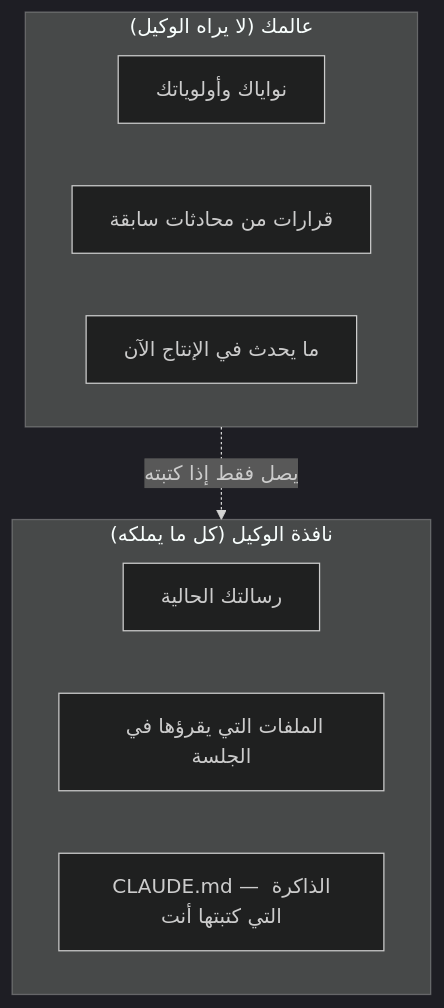
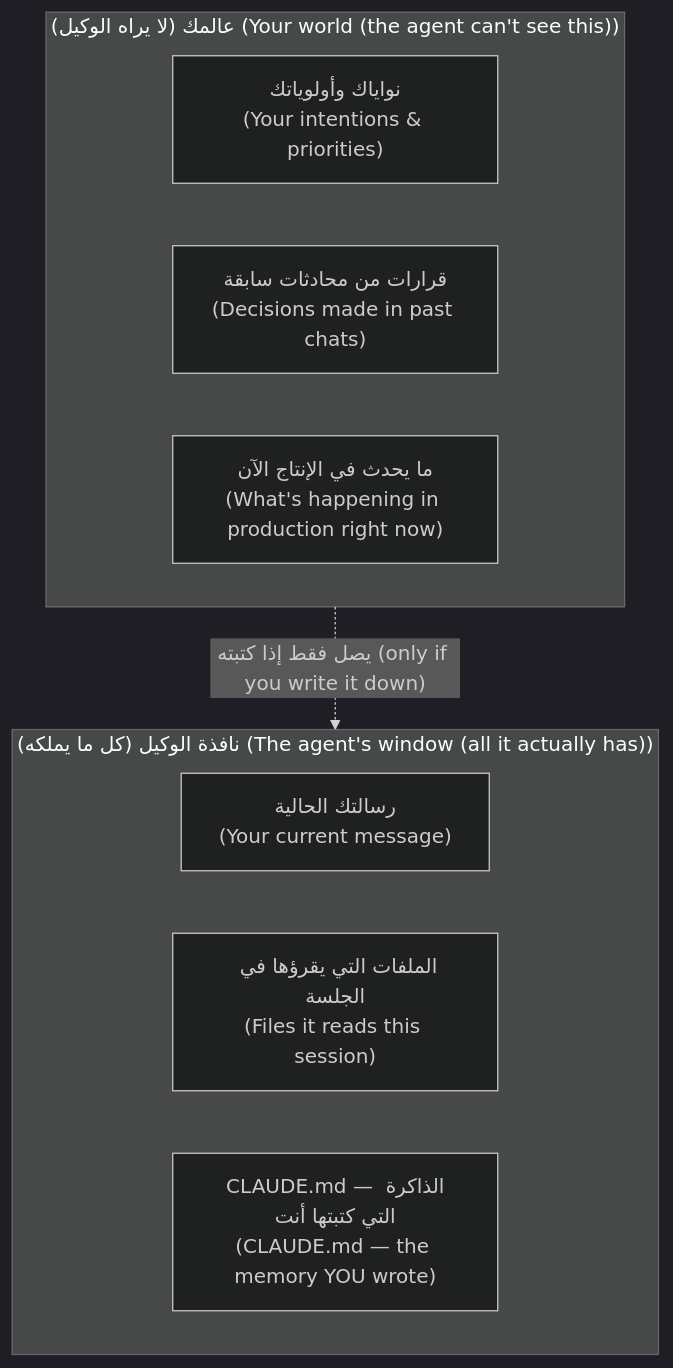
Before and after one commit to Tamoura/system-design-for-vibe-coders: the sixth of 7 diagrams in modules/00-foundations/foundations.ar.md, drawn with Mermaid (dark theme). The commit also changed other lines of this file and 62 other files, not shown here.

First line of the commit message:
Arabic editions: English on every diagram label, RTL fixes, rebuild

````diff
--- a/modules/00-foundations/foundations.ar.md
+++ b/modules/00-foundations/foundations.ar.md
@@ -249,14 +249,14 @@
 ```mermaid
 flowchart TD
-    subgraph world["عالمك (لا يراه الوكيل)"]
-        BIZ["نواياك وأولوياتك"]
-        HIST["قرارات من محادثات سابقة"]
-        PROD["ما يحدث في الإنتاج الآن"]
+    subgraph world["عالمك (لا يراه الوكيل) (Your world (the agent can't see this))"]
+        BIZ["نواياك وأولوياتك<br/>(Your intentions & priorities)"]
+        HIST["قرارات من محادثات سابقة<br/>(Decisions made in past chats)"]
+        PROD["ما يحدث في الإنتاج الآن<br/>(What's happening in production right now)"]
     end
-    subgraph window["نافذة الوكيل (كل ما يملكه)"]
-        PROMPT["رسالتك الحالية"]
-        FILES["الملفات التي يقرؤها في الجلسة"]
-        MEM["CLAUDE.md — الذاكرة التي كتبتها أنت"]
+    subgraph window["نافذة الوكيل (كل ما يملكه) (The agent's window (all it actually has))"]
+        PROMPT["رسالتك الحالية<br/>(Your current message)"]
+        FILES["الملفات التي يقرؤها في الجلسة<br/>(Files it reads this session)"]
+        MEM["CLAUDE.md — الذاكرة التي كتبتها أنت<br/>(CLAUDE.md — the memory YOU wrote)"]
     end
-    world -.->|"يصل فقط إذا كتبته"| window
+    world -.->|"يصل فقط إذا كتبته (only if you write it down)"| window
 ```
````
